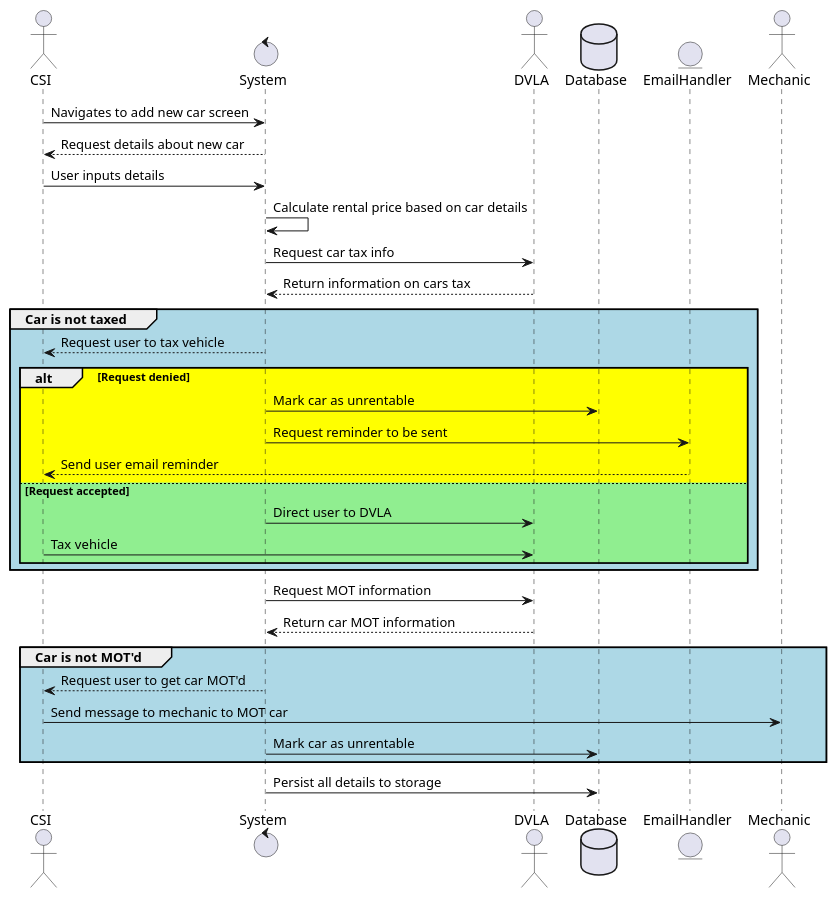
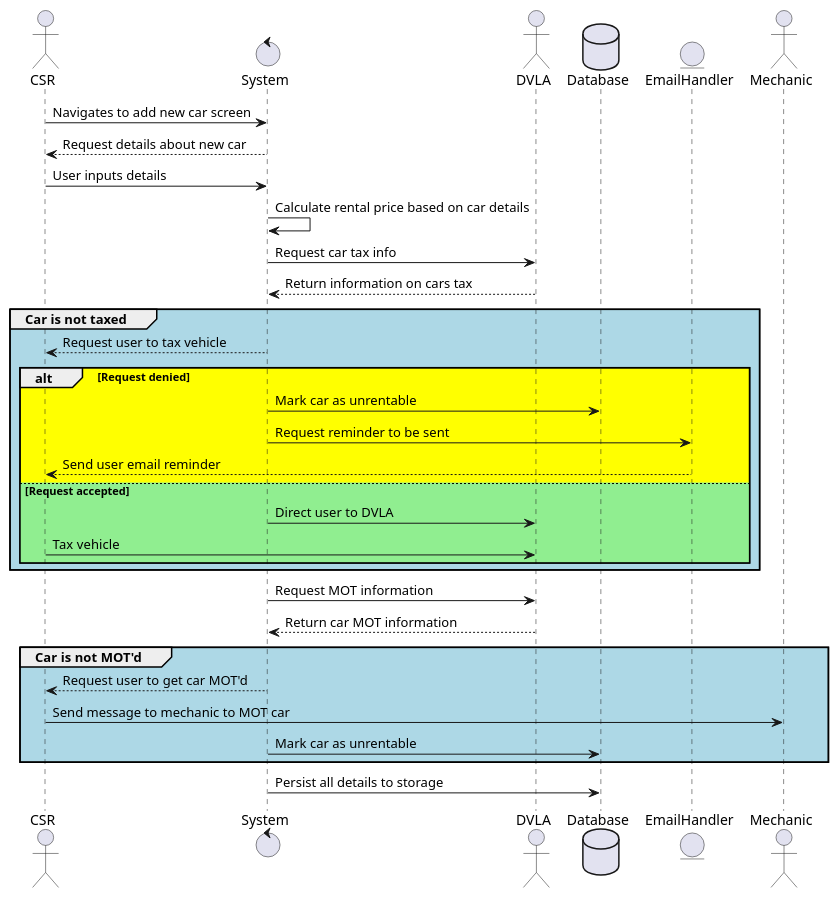
The diagram in diagrams/sequence/Sequence5.puml (OMBowkerBBC/DC4600-Assignment1), drawn with PlantUML before and after one commit. The commit also changed 9 other files, not shown here.

Commit message:
tidy up and final diagrams

```diff
--- a/diagrams/sequence/Sequence5.puml
+++ b/diagrams/sequence/Sequence5.puml
@@ -1,37 +1,37 @@
 @startuml
-actor CSI as csi
+actor CSR as csr
 control System as sys
 actor DVLA as dvla
 database Database as db
 entity EmailHandler as email
 actor Mechanic as mech
 
-csi -> sys : Navigates to add new car screen
-csi <-- sys : Request details about new car
-csi -> sys : User inputs details
+csr -> sys : Navigates to add new car screen
+csr <-- sys : Request details about new car
+csr -> sys : User inputs details
 
 sys -> sys : Calculate rental price based on car details
 sys -> dvla : Request car tax info
 sys <-- dvla : Return information on cars tax
 
 group #LightBlue Car is not taxed
-  csi <-- sys : Request user to tax vehicle
+  csr <-- sys : Request user to tax vehicle
   alt #Yellow Request denied
     sys -> db : Mark car as unrentable
     sys -> email : Request reminder to be sent
-    csi <-- email : Send user email reminder
+    csr <-- email : Send user email reminder
   else #LightGreen Request accepted
     sys -> dvla : Direct user to DVLA
-    csi -> dvla : Tax vehicle
+    csr -> dvla : Tax vehicle
   end
 end
 
 sys -> dvla : Request MOT information
 sys <-- dvla : Return car MOT information
 group #LightBlue Car is not MOT'd
-  csi <-- sys : Request user to get car MOT'd
-  csi -> mech : Send message to mechanic to MOT car
+  csr <-- sys : Request user to get car MOT'd
+  csr -> mech : Send message to mechanic to MOT car
   sys -> db : Mark car as unrentable
 end
 sys -> db : Persist all details to storage
 @enduml
```
